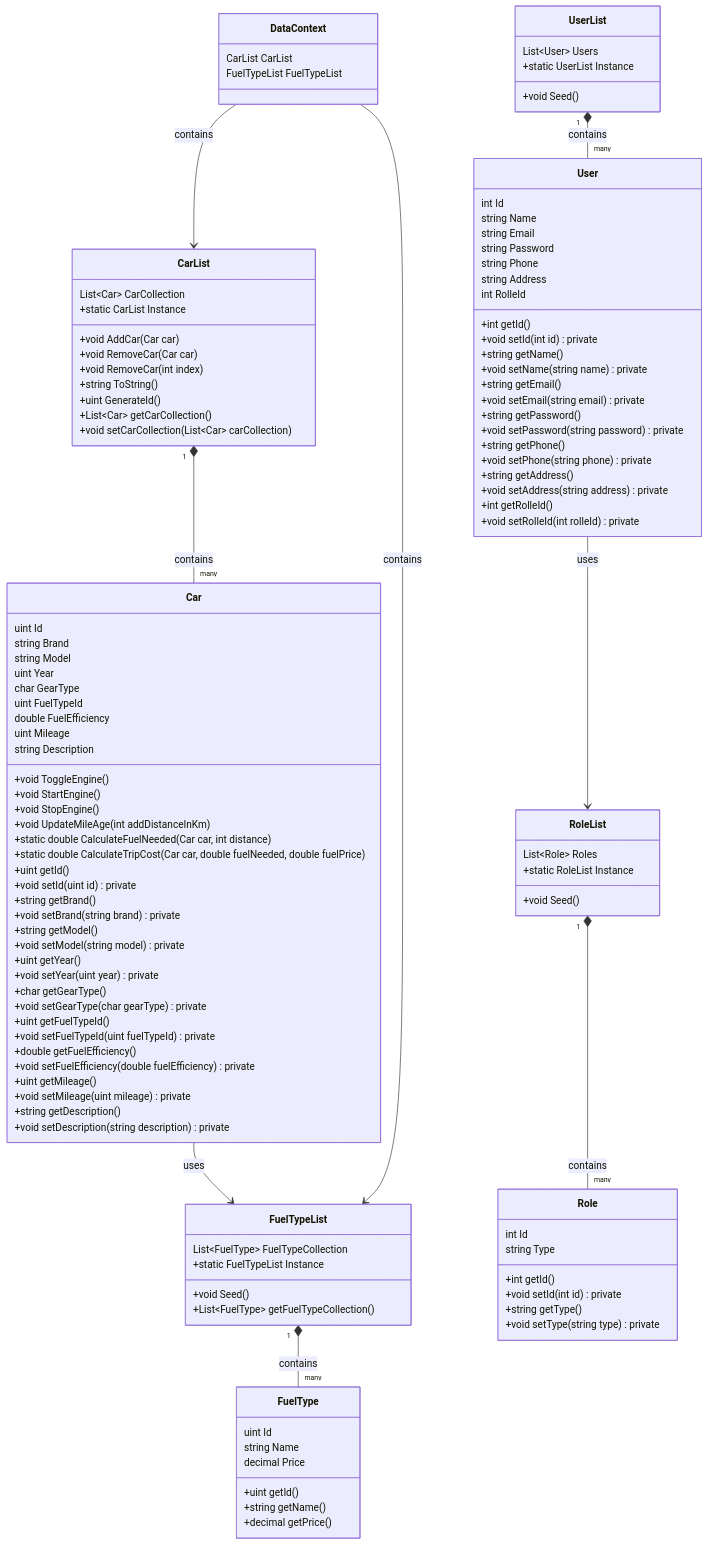
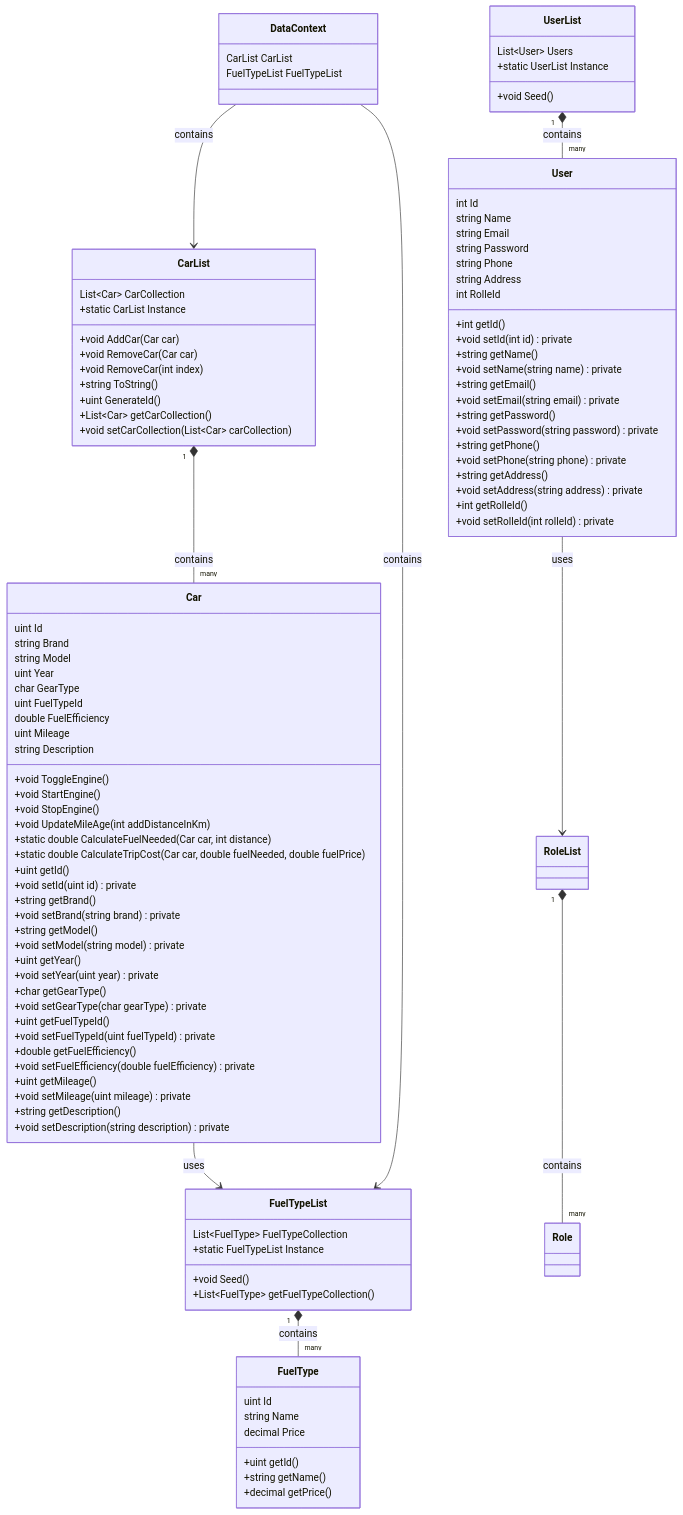
The diagram in documentation/DCD.mmd (Tirsvad/TirsvadDatamatiker.CarApp), drawn with Mermaid before and after one commit. The commit also changed 7 other files, not shown here.

Commit message:
Change Role class to Enum as roles is hard coded.

```diff
--- a/documentation/DCD.mmd
+++ b/documentation/DCD.mmd
@@ -1,123 +1,108 @@
 classDiagram
     class Car {
         uint Id
         string Brand
         string Model
         uint Year
         char GearType
         uint FuelTypeId
         double FuelEfficiency
         uint Mileage
         string Description
         +void ToggleEngine()
         +void StartEngine()
         +void StopEngine()
         +void UpdateMileAge(int addDistanceInKm)
         +static double CalculateFuelNeeded(Car car, int distance)
         +static double CalculateTripCost(Car car, double fuelNeeded, double fuelPrice)
         +uint getId()
         +void setId(uint id) private
         +string getBrand()
         +void setBrand(string brand) private
         +string getModel()
         +void setModel(string model) private
         +uint getYear()
         +void setYear(uint year) private
         +char getGearType()
         +void setGearType(char gearType) private
         +uint getFuelTypeId()
         +void setFuelTypeId(uint fuelTypeId) private
         +double getFuelEfficiency()
         +void setFuelEfficiency(double fuelEfficiency) private
         +uint getMileage()
         +void setMileage(uint mileage) private
         +string getDescription()
         +void setDescription(string description) private
     }
 
     class CarList {
         List~Car~ CarCollection
         +static CarList Instance
         +void AddCar(Car car)
         +void RemoveCar(Car car)
         +void RemoveCar(int index)
         +string ToString()
         +uint GenerateId()
         +List~Car~ getCarCollection()
         +void setCarCollection(List~Car~ carCollection)
     }
 
     class FuelType {
         uint Id
         string Name
         decimal Price
         +uint getId()
         +string getName()
         +decimal getPrice()
     }
 
     class FuelTypeList {
         List~FuelType~ FuelTypeCollection
         +static FuelTypeList Instance
         +void Seed()
         +List~FuelType~ getFuelTypeCollection()
     }
 
     class User {
         int Id
         string Name
         string Email
         string Password
         string Phone
         string Address
         int RolleId
         +int getId()
         +void setId(int id) private
         +string getName()
         +void setName(string name) private
         +string getEmail()
         +void setEmail(string email) private
         +string getPassword()
         +void setPassword(string password) private
         +string getPhone()
         +void setPhone(string phone) private
         +string getAddress()
         +void setAddress(string address) private
         +int getRolleId()
         +void setRolleId(int rolleId) private
     }
 
     class UserList {
         List~User~ Users
         +static UserList Instance
         +void Seed()
     }
 
-    class Role {
-        int Id
-        string Type
-        +int getId()
-        +void setId(int id) private
-        +string getType()
-        +void setType(string type) private
-    }
-
-    class RoleList {
-        List~Role~ Roles
-        +static RoleList Instance
-        +void Seed()
-    }
-
     class DataContext {
         CarList CarList
         FuelTypeList FuelTypeList
     }
 
     Car --> FuelTypeList : uses
     User --> RoleList : uses
     CarList "1" *-- "many" Car : contains
     FuelTypeList "1" *-- "many" FuelType : contains
     UserList "1" *-- "many" User : contains
     RoleList "1" *-- "many" Role : contains
     DataContext --> CarList : contains
     DataContext --> FuelTypeList : contains
```
